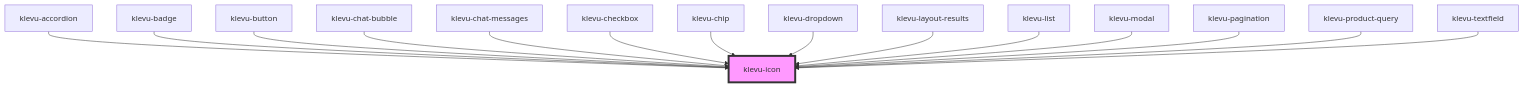
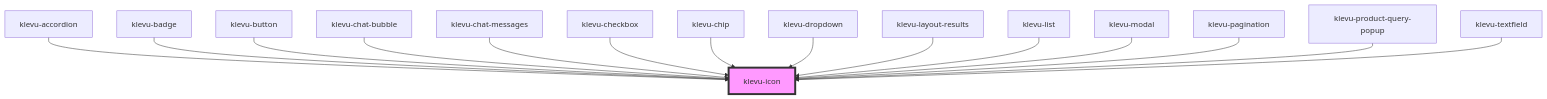
Before and after one commit to klevultd/frontend-sdk: the diagram in packages/klevu-ui/src/components/klevu-icon/readme.md, drawn with Mermaid. The commit also changed other lines of this file and 22 other files, not shown here.

````diff
--- a/packages/klevu-ui/src/components/klevu-icon/readme.md
+++ b/packages/klevu-ui/src/components/klevu-icon/readme.md
@@ -39,18 +39,18 @@
 ```mermaid
 graph TD;
   klevu-accordion --> klevu-icon
   klevu-badge --> klevu-icon
   klevu-button --> klevu-icon
   klevu-chat-bubble --> klevu-icon
   klevu-chat-messages --> klevu-icon
   klevu-checkbox --> klevu-icon
   klevu-chip --> klevu-icon
   klevu-dropdown --> klevu-icon
   klevu-layout-results --> klevu-icon
   klevu-list --> klevu-icon
   klevu-modal --> klevu-icon
   klevu-pagination --> klevu-icon
-  klevu-product-query --> klevu-icon
+  klevu-product-query-popup --> klevu-icon
   klevu-textfield --> klevu-icon
   style klevu-icon fill:#f9f,stroke:#333,stroke-width:4px
 ```
````
